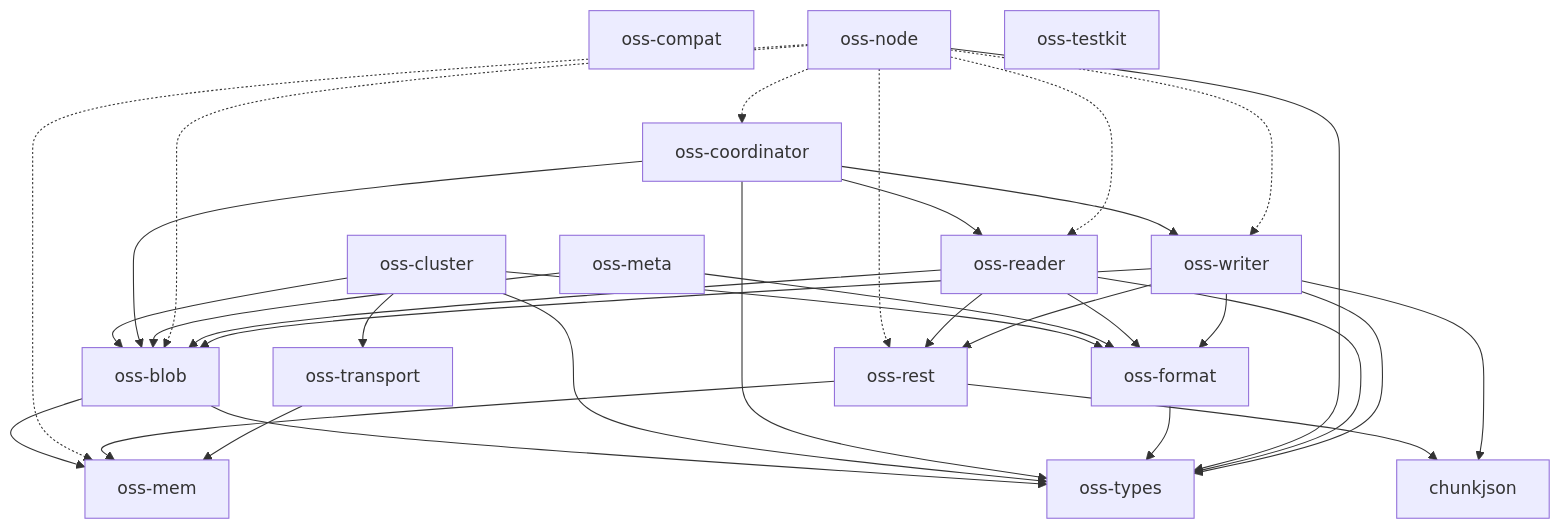
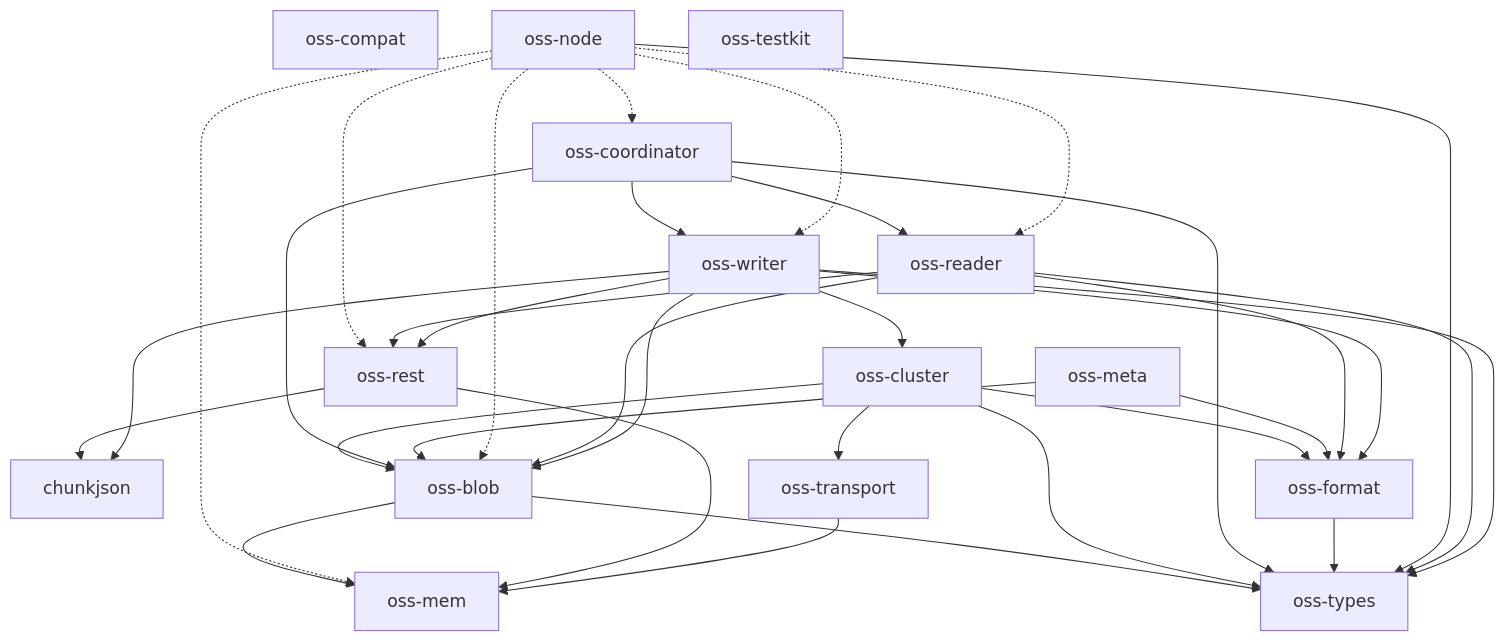
Before and after one commit to huyz0/opensearch-serverless: the diagram in docs/architecture.md, drawn with Mermaid.

Commit message:
docs(architecture): the writer depends on the cluster crate
Spec: docs/specs/bulk/SPEC.md

````diff
--- a/docs/architecture.md
+++ b/docs/architecture.md
@@ -10,40 +10,41 @@
 ```mermaid
 graph TD
     chunkjson
     oss-blob --> oss-mem
     oss-blob --> oss-types
     oss-cluster --> oss-blob
     oss-cluster --> oss-format
     oss-cluster --> oss-transport
     oss-cluster --> oss-types
     oss-compat
     oss-coordinator --> oss-blob
     oss-coordinator --> oss-reader
     oss-coordinator --> oss-types
     oss-coordinator --> oss-writer
     oss-format --> oss-types
     oss-mem
     oss-meta --> oss-blob
     oss-meta --> oss-format
     oss-node -.-> oss-blob
     oss-node -.-> oss-coordinator
     oss-node -.-> oss-mem
     oss-node -.-> oss-reader
     oss-node -.-> oss-rest
     oss-node --> oss-types
     oss-node -.-> oss-writer
     oss-reader --> oss-blob
     oss-reader --> oss-format
     oss-reader --> oss-rest
     oss-reader --> oss-types
     oss-rest --> chunkjson
     oss-rest --> oss-mem
     oss-testkit
     oss-transport --> oss-mem
     oss-types
     oss-writer --> chunkjson
     oss-writer --> oss-blob
+    oss-writer --> oss-cluster
     oss-writer --> oss-format
     oss-writer --> oss-rest
     oss-writer --> oss-types
 ```
````
